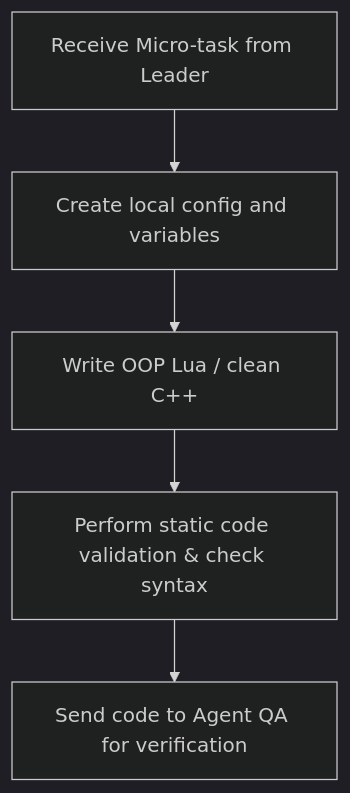
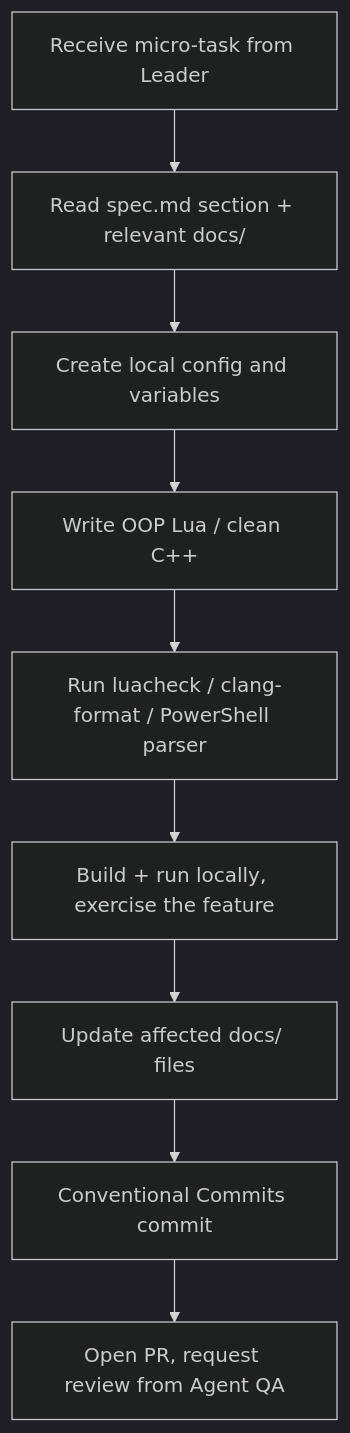
Before and after one commit to iflcosta/baiak-yourots: the diagram in docs/agents/agent_developer.md, drawn with Mermaid (dark theme). The commit also changed other lines of this file and 21 other files, not shown here.

````diff
--- a/docs/agents/agent_developer.md
+++ b/docs/agents/agent_developer.md
@@ -35,7 +64,11 @@
 ```mermaid
 graph TD
-    ReceiveTask[Receive Micro-task from Leader] --> Setup[Create local config and variables]
+    ReceiveTask[Receive micro-task from Leader] --> ReadSpec[Read spec.md section + relevant docs/]
+    ReadSpec --> Setup[Create local config and variables]
     Setup --> Code[Write OOP Lua / clean C++]
-    Code --> SelfLint[Perform static code validation & check syntax]
-    SelfLint --> HandoffQA[Send code to Agent QA for verification]
+    Code --> Lint[Run luacheck / clang-format / PowerShell parser]
+    Lint --> SmokeTest[Build + run locally, exercise the feature]
+    SmokeTest --> UpdateDocs[Update affected docs/ files]
+    UpdateDocs --> Commit[Conventional Commits commit]
+    Commit --> HandoffQA[Open PR, request review from Agent QA]
 ```
````
